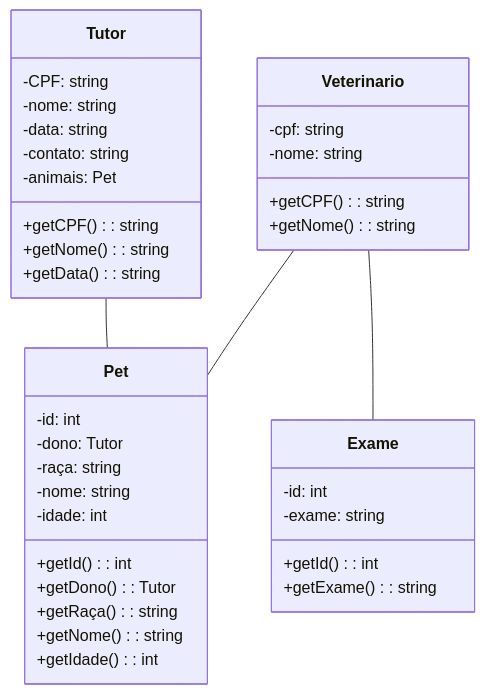
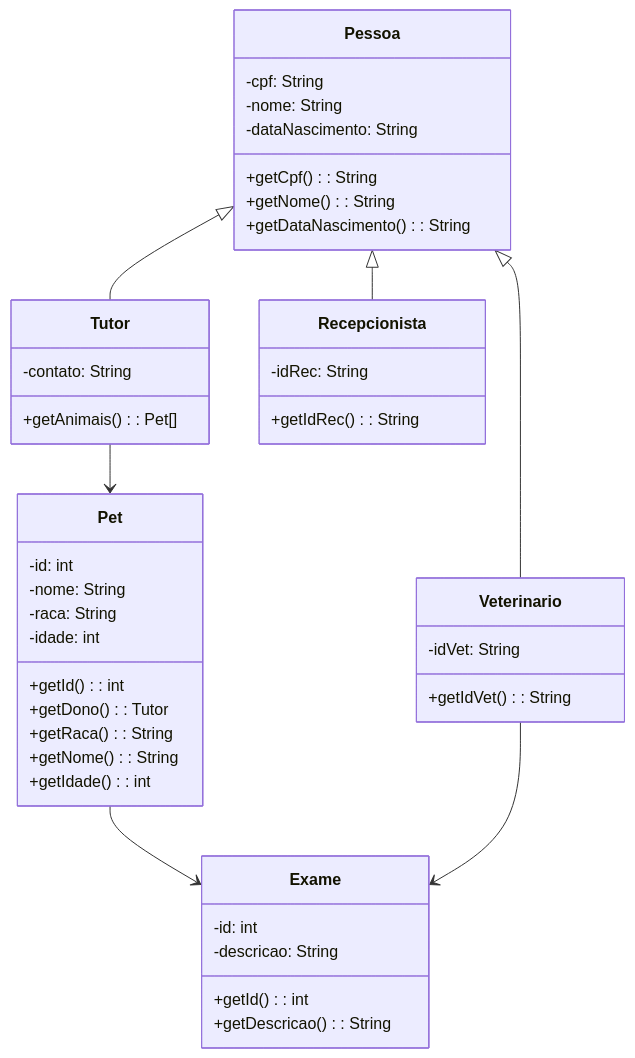
The second of 2 diagrams in README.md (triggerww/clinica-veterinaria), drawn with Mermaid before and after one commit.

Commit message:
Revise class diagram for Tutor, Pet, and Exame
Updated class diagram in README to reflect changes in attributes and relationships.

````diff
--- a/README.md
+++ b/README.md
@@ -37,45 +37,53 @@
 ```mermaid
 classDiagram
+    Pessoa <|-- Tutor
+    Pessoa <|-- Veterinario
+    Pessoa <|-- Recepcionista
+
+    class Pessoa {
+        -cpf: String
+        -nome: String
+        -dataNascimento: String
+        +getCpf(): String
+        +getNome(): String
+        +getDataNascimento(): String
+    }
+
     class Tutor {
-        -CPF: string
-        -nome: string
-        -data: string
-        -contato: string
-        -animais: Pet
-        +getCPF(): string
-        +getNome(): string
-        +getData(): string
+        -contato: String
+        +getAnimais(): Pet[]
+    }
+
+    class Veterinario {
+        -idVet: String
+        +getIdVet(): String
+    }
+
+    class Recepcionista {
+        -idRec: String
+        +getIdRec(): String
     }
 
     class Pet {
         -id: int
-        -dono: Tutor
-        -raça: string
-        -nome: string
+        -nome: String
+        -raca: String
         -idade: int
         +getId(): int
         +getDono(): Tutor
-        +getRaça(): string
-        +getNome(): string
+        +getRaca(): String
+        +getNome(): String
         +getIdade(): int
-    }
-
-    Tutor -- Pet
-
-    class Veterinario {
-        -cpf: string
-        -nome: string
-        +getCPF(): string
-        +getNome(): string
     }
 
     class Exame {
         -id: int
-        -exame: string
+        -descricao: String
         +getId(): int
-        +getExame(): string
+        +getDescricao(): String
     }
 
-    Veterinario -- Pet
-    Veterinario -- Exame
+    Tutor --> Pet
+    Pet --> Exame
+    Veterinario --> Exame
 ```
````
